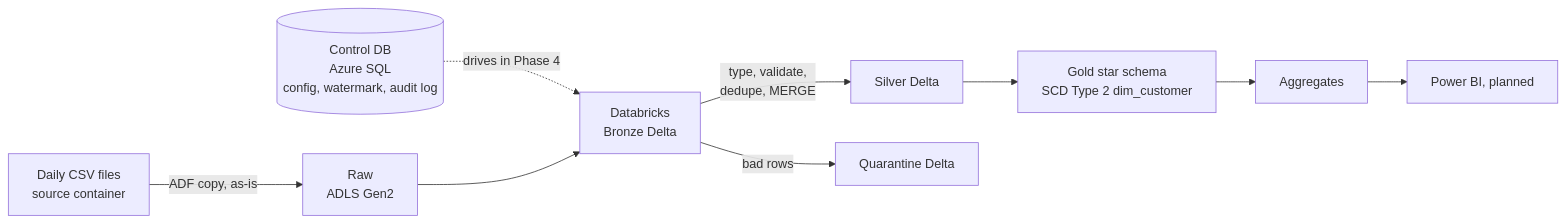
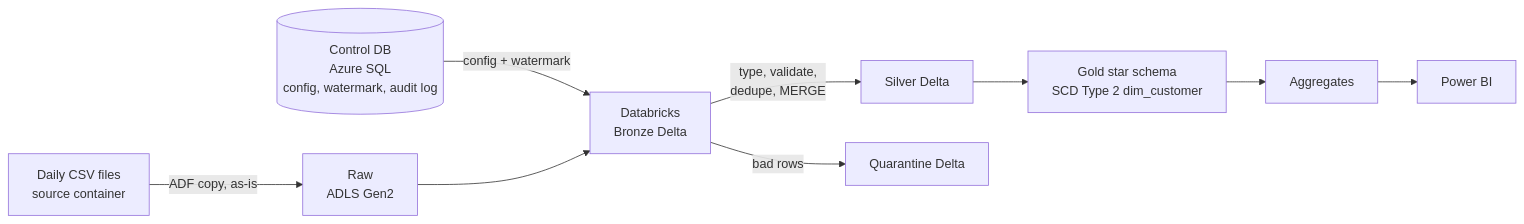
The diagram in README.md (dspshiva/retail-lakehouse-azure), drawn with Mermaid before and after one commit. The commit also changed other lines of this file, not shown here.

````diff
--- a/README.md
+++ b/README.md
@@ -11,11 +11,11 @@
 ```mermaid
 flowchart LR
     A[Daily CSV files<br/>source container] -->|ADF copy, as-is| B[Raw<br/>ADLS Gen2]
-    C[(Control DB<br/>Azure SQL<br/>config, watermark, audit log)] -.->|drives in Phase 4| D
+    C[(Control DB<br/>Azure SQL<br/>config, watermark, audit log)] -->|config + watermark| D
     B --> D[Databricks<br/>Bronze Delta]
     D -->|type, validate,<br/>dedupe, MERGE| E[Silver Delta]
     D -->|bad rows| Q[Quarantine Delta]
     E --> F[Gold star schema<br/>SCD Type 2 dim_customer]
     F --> H[Aggregates]
-    H --> G[Power BI, planned]
+    H --> G[Power BI]
 ```
````
